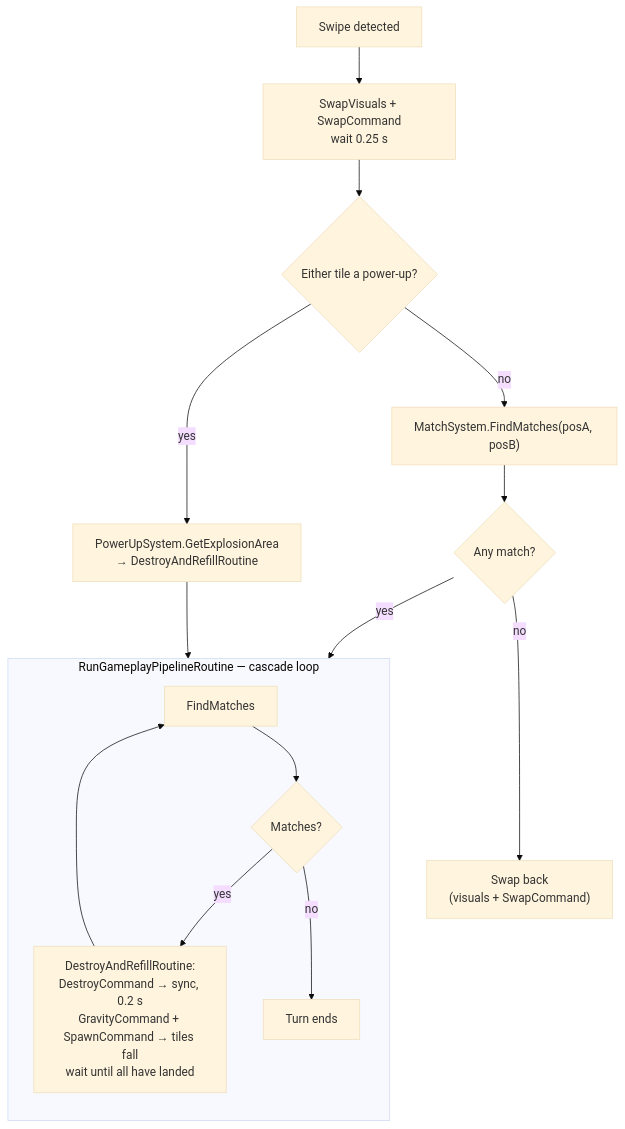
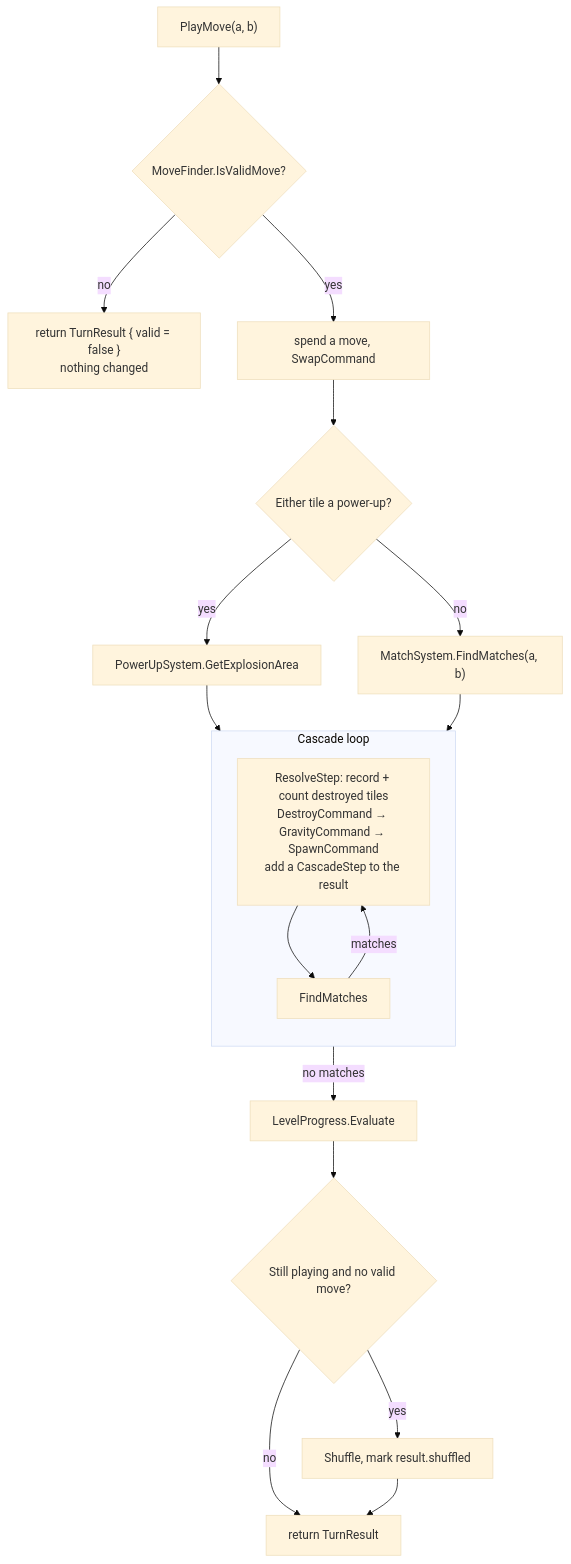
One commit to itu-itis25-baydarb21/PuzzleUp changed the second of 2 diagrams in ARCHITECTURE.md. Above: the diagram before and after it, drawn with Mermaid (base theme). The commit also changed other lines of this file and 20 other files, not shown here.

````diff
--- a/ARCHITECTURE.md
+++ b/ARCHITECTURE.md
@@ -133,19 +133,23 @@
 ```mermaid
 flowchart TD
-    A[Swipe detected] --> B["SwapVisuals + SwapCommand<br/>wait 0.25 s"]
-    B --> C{Either tile a power-up?}
-    C -- yes --> D["PowerUpSystem.GetExplosionArea<br/>→ DestroyAndRefillRoutine"]
-    D --> L
-    C -- no --> F["MatchSystem.FindMatches(posA, posB)"]
-    F --> G{Any match?}
-    G -- no --> H["Swap back<br/>(visuals + SwapCommand)"]
-    G -- yes --> L
+    A["PlayMove(a, b)"] --> B{"MoveFinder.IsValidMove?"}
+    B -- no --> X["return TurnResult { valid = false }<br/>nothing changed"]
+    B -- yes --> C["spend a move, SwapCommand"]
+    C --> D{Either tile a power-up?}
+    D -- yes --> E[PowerUpSystem.GetExplosionArea]
+    D -- no --> F["MatchSystem.FindMatches(a, b)"]
+    E --> L
+    F --> L
 
-    subgraph L [RunGameplayPipelineRoutine — cascade loop]
+    subgraph L [Cascade loop]
         direction TB
-        M[FindMatches] --> N{Matches?}
-        N -- yes --> O["DestroyAndRefillRoutine:<br/>DestroyCommand → sync, 0.2 s<br/>GravityCommand + SpawnCommand → tiles fall<br/>wait until all have landed"]
-        O --> M
-        N -- no --> P[Turn ends]
+        M["ResolveStep: record + count destroyed tiles<br/>DestroyCommand → GravityCommand → SpawnCommand<br/>add a CascadeStep to the result"] --> N[FindMatches]
+        N -- matches --> M
     end
+
+    L -- no matches --> G[LevelProgress.Evaluate]
+    G --> H{Still playing and no valid move?}
+    H -- yes --> I[Shuffle, mark result.shuffled]
+    H -- no --> R[return TurnResult]
+    I --> R
 ```
````
